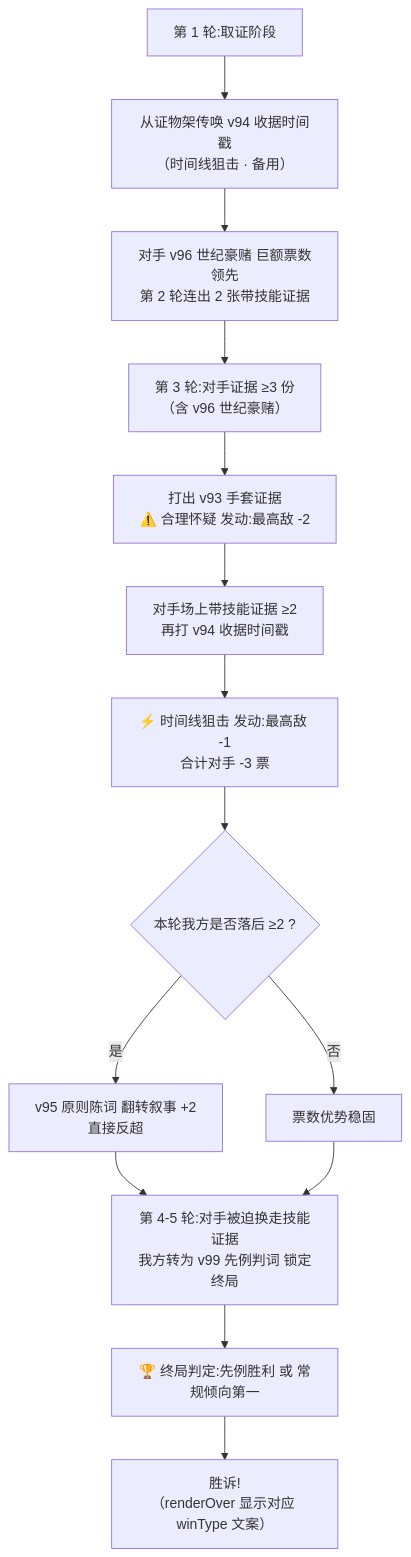
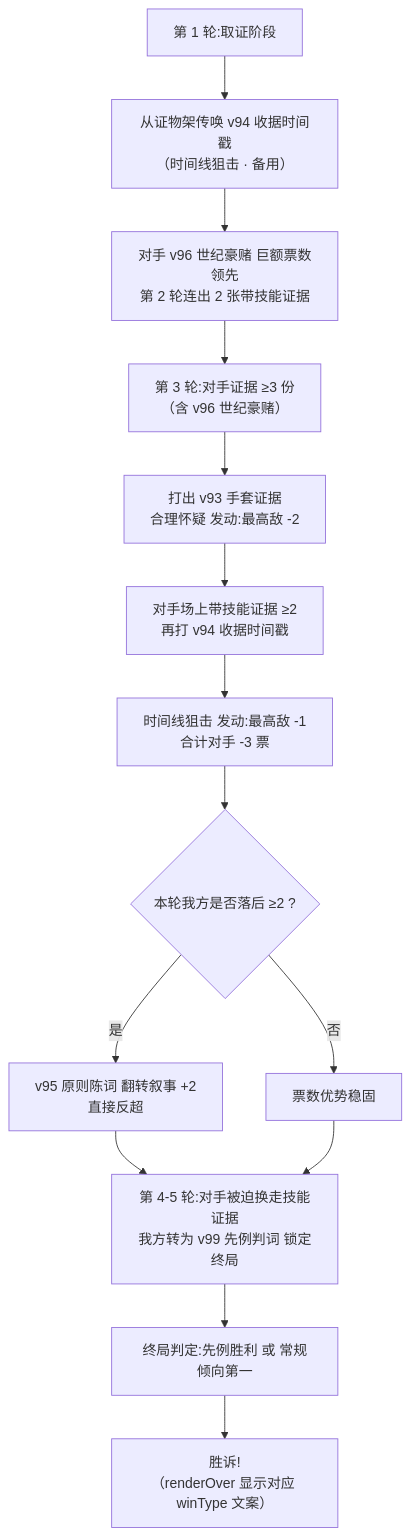
Before and after one commit to y22t19053/heli-suspect: the diagram in docs/LEGAL_CASES_DESIGN.md, drawn with Mermaid. The commit also changed 32 other files, not shown here.

````diff
--- a/docs/LEGAL_CASES_DESIGN.md
+++ b/docs/LEGAL_CASES_DESIGN.md
@@ -90,16 +90,16 @@
 ```mermaid
 flowchart TD
     A["第 1 轮:取证阶段"] --> B["从证物架传唤 v94 收据时间戳<br/>（时间线狙击 · 备用）"]
     B --> C["对手 v96 世纪豪赌 巨额票数领先<br/>第 2 轮连出 2 张带技能证据"]
     C --> G["第 3 轮:对手证据 ≥3 份<br/>（含 v96 世纪豪赌）"]
-    G --> H["打出 v93 手套证据<br/>⚠️ 合理怀疑 发动:最高敌 -2"]
+    G --> H["打出 v93 手套证据<br/>合理怀疑 发动:最高敌 -2"]
     H --> I["对手场上带技能证据 ≥2<br/>再打 v94 收据时间戳"]
-    I --> J["⚡ 时间线狙击 发动:最高敌 -1<br/>合计对手 -3 票"]
+    I --> J["时间线狙击 发动:最高敌 -1<br/>合计对手 -3 票"]
     J --> K{"本轮我方是否落后 ≥2 ?"}
     K -- "是" --> L["v95 原则陈词 翻转叙事 +2<br/>直接反超"]
     K -- "否" --> M["票数优势稳固"]
     L --> N["第 4-5 轮:对手被迫换走技能证据<br/>我方转为 v99 先例判词 锁定终局"]
     M --> N
-    N --> O["🏆 终局判定:先例胜利 或 常规倾向第一"]
+    N --> O["终局判定:先例胜利 或 常规倾向第一"]
     O --> P["胜诉!<br/>（renderOver 显示对应 winType 文案）"]
 ```
````
